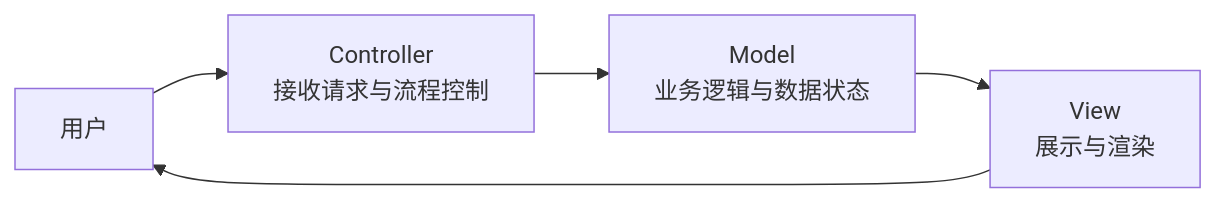
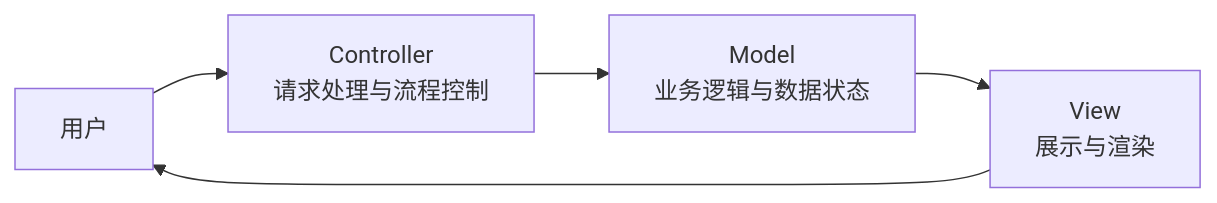
Before and after one commit to crashingby/homepage: the second of 8 diagrams in src/content/blog/Software-Construction/Chap06.md, drawn with Mermaid. The commit also changed other lines of this file and 6 other files, not shown here.

````diff
--- a/src/content/blog/Software-Construction/Chap06.md
+++ b/src/content/blog/Software-Construction/Chap06.md
@@ -71,7 +51,7 @@
 ```mermaid
 flowchart LR
-  U["用户"] --> C["Controller<br/>接收请求与流程控制"]
-  C --> M["Model<br/>业务逻辑与数据状态"]
-  M --> V["View<br/>展示与渲染"]
-  V --> U
+  User["用户"] --> Controller["Controller<br/>请求处理与流程控制"]
+  Controller --> Model["Model<br/>业务逻辑与数据状态"]
+  Model --> View["View<br/>展示与渲染"]
+  View --> User
 ```
````
